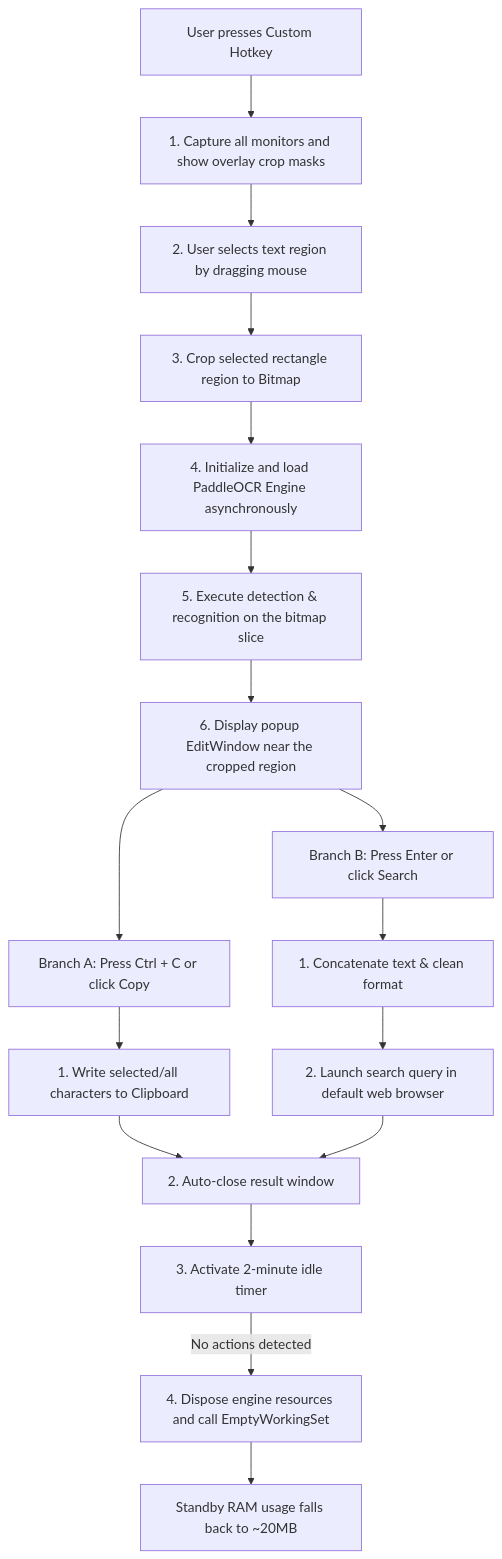
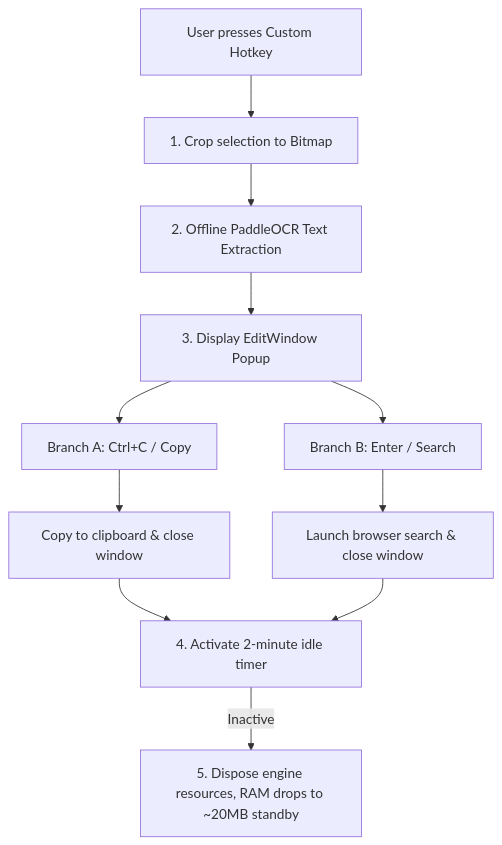
Before and after one commit to Loecedas/SnapFind: the diagram in README.en.md, drawn with Mermaid. The commit also changed 1 other file, not shown here.

Commit message:
docs: simplify logical flow diagram in Chinese and English READMEs

````diff
--- a/README.en.md
+++ b/README.en.md
@@ -124,22 +124,16 @@
 ```mermaid
 graph TD
-    A[User presses Custom Hotkey] --> B[1. Capture all monitors and show overlay crop masks]
-    B --> C[2. User selects text region by dragging mouse]
-    C --> D[3. Crop selected rectangle region to Bitmap]
-    D --> E[4. Initialize and load PaddleOCR Engine asynchronously]
-    E --> F[5. Execute detection & recognition on the bitmap slice]
-    F --> G[6. Display popup EditWindow near the cropped region]
+    A[User presses Custom Hotkey] --> B["1. Crop selection to Bitmap"]
+    B --> C["2. Offline PaddleOCR Text Extraction"]
+    C --> D["3. Display EditWindow Popup"]
     
-    G --> H1[Branch A: Press Ctrl + C or click Copy]
-    H1 --> I1[1. Write selected/all characters to Clipboard]
-    I1 --> I2[2. Auto-close result window]
+    D --> H1[Branch A: Ctrl+C / Copy]
+    H1 --> I1[Copy to clipboard & close window]
     
-    G --> H2[Branch B: Press Enter or click Search]
-    H2 --> I3[1. Concatenate text & clean format]
-    I3 --> I4[2. Launch search query in default web browser]
-    I4 --> I2
+    D --> H2[Branch B: Enter / Search]
+    H2 --> I2[Launch browser search & close window]
     
-    I2 --> J[3. Activate 2-minute idle timer]
-    J -- No actions detected --> K[4. Dispose engine resources and call EmptyWorkingSet]
-    K --> L[Standby RAM usage falls back to ~20MB]
+    I1 --> J["4. Activate 2-minute idle timer"]
+    I2 --> J
+    J -- Inactive --> K["5. Dispose engine resources, RAM drops to ~20MB standby"]
 ```
````
